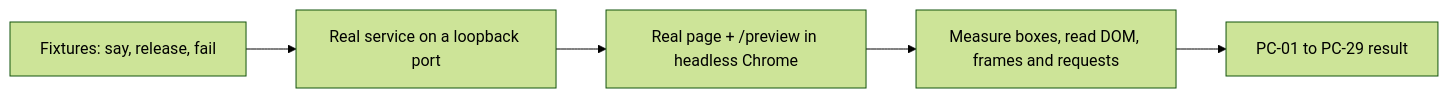
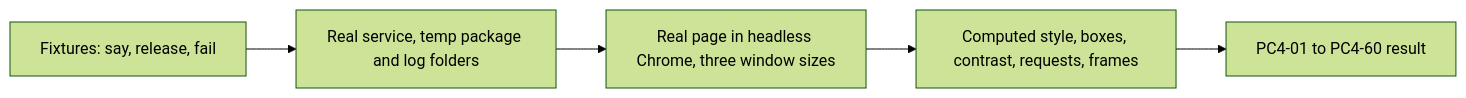
Before and after one commit to Elustondo-ai/alice.good.meetings: the second of 2 diagrams in poc/browser-protocol.md, drawn with Mermaid (forest theme). The commit also changed other lines of this file and 75 other files, not shown here.

````diff
--- a/poc/browser-protocol.md
+++ b/poc/browser-protocol.md
@@ -35,7 +35,7 @@
 ```mermaid
 flowchart LR
-  F["Fixtures: say, release, fail"] --> S["Real service on a loopback port"]
-  S --> P["Real page + /preview in headless Chrome"]
-  P --> M["Measure boxes, read DOM, frames and requests"]
-  M --> R["PC-01 to PC-29 result"]
+  F["Fixtures: say, release, fail"] --> S["Real service, temp package and log folders"]
+  S --> P["Real page in headless Chrome, three window sizes"]
+  P --> M["Computed style, boxes, contrast, requests, frames"]
+  M --> R["PC4-01 to PC4-60 result"]
 ```
````
